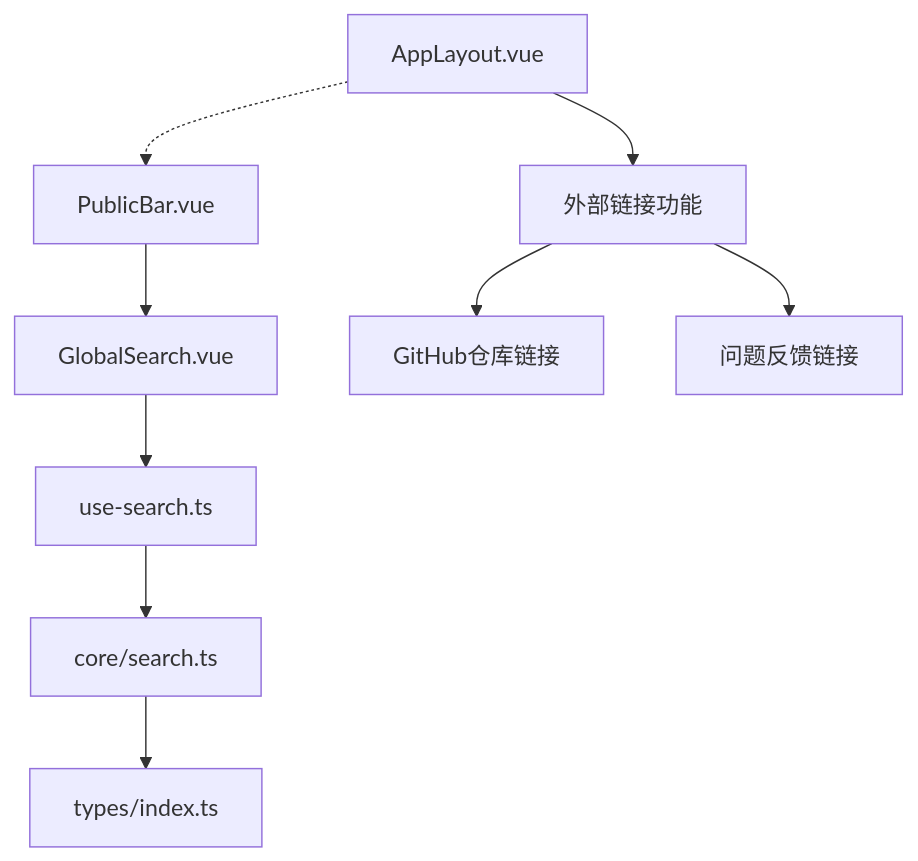
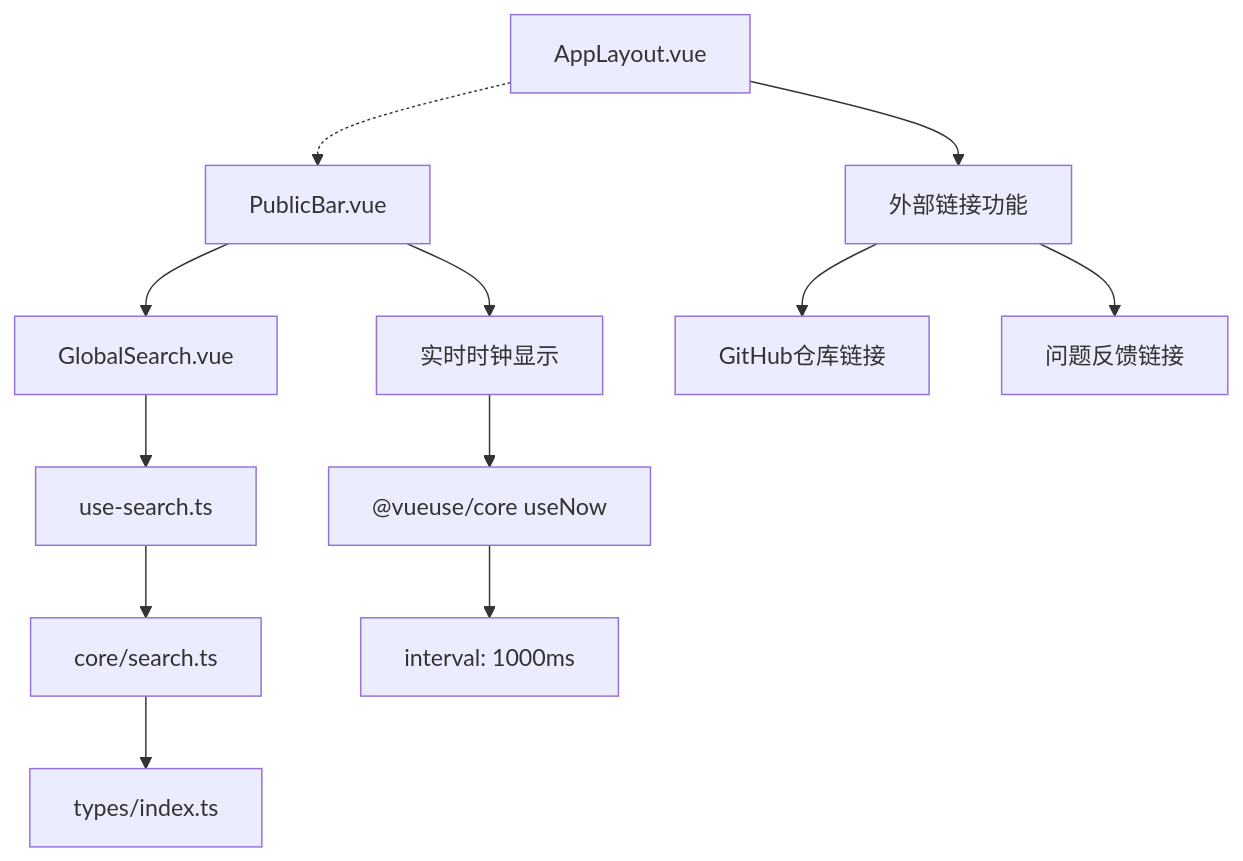
Before and after one commit to taoweidong/Hello-Tauri: the first of 7 diagrams in .qoder/repowiki/zh/content/用户界面/核心组件/公共栏组件.md, drawn with Mermaid. The commit also changed other lines of this file and 119 other files, not shown here.

````diff
--- a/.qoder/repowiki/zh/content/用户界面/核心组件/公共栏组件.md
+++ b/.qoder/repowiki/zh/content/用户界面/核心组件/公共栏组件.md
@@ -49,11 +51,14 @@
 ```mermaid
 graph TB
 A["PublicBar.vue"] --> B["GlobalSearch.vue"]
-B --> C["use-search.ts"]
-C --> D["core/search.ts"]
-D --> E["types/index.ts"]
-F["AppLayout.vue"] -.-> A
-F --> G["外部链接功能"]
-G --> H["GitHub仓库链接"]
-G --> I["问题反馈链接"]
+A --> C["实时时钟显示"]
+B --> D["use-search.ts"]
+D --> E["core/search.ts"]
+E --> F["types/index.ts"]
+G["AppLayout.vue"] -.-> A
+G --> H["外部链接功能"]
+H --> I["GitHub仓库链接"]
+H --> J["问题反馈链接"]
+C --> K["@vueuse/core useNow"]
+K --> L["interval: 1000ms"]
 ```
````
